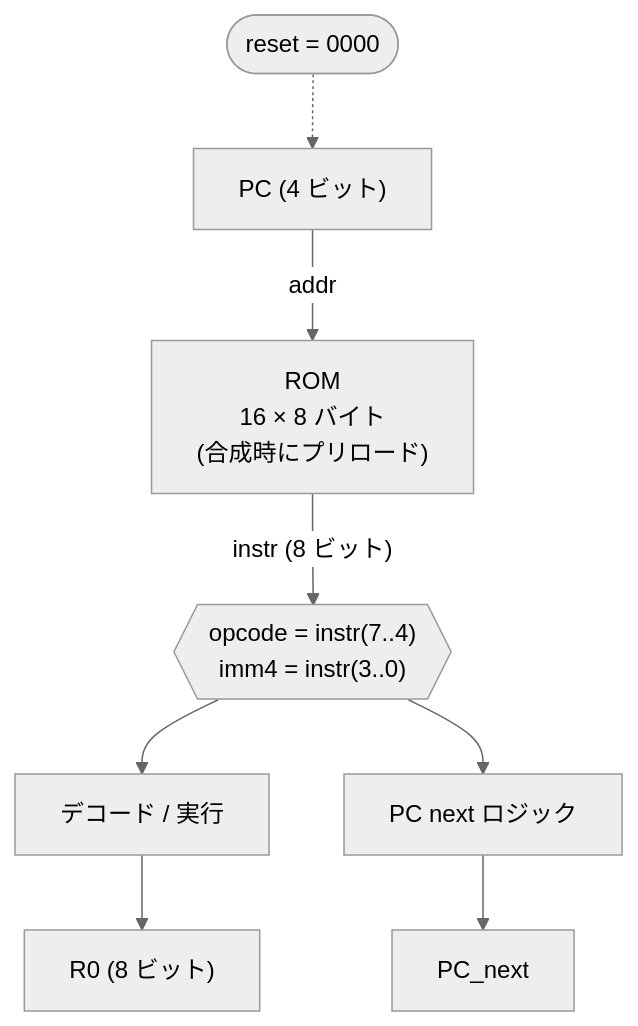
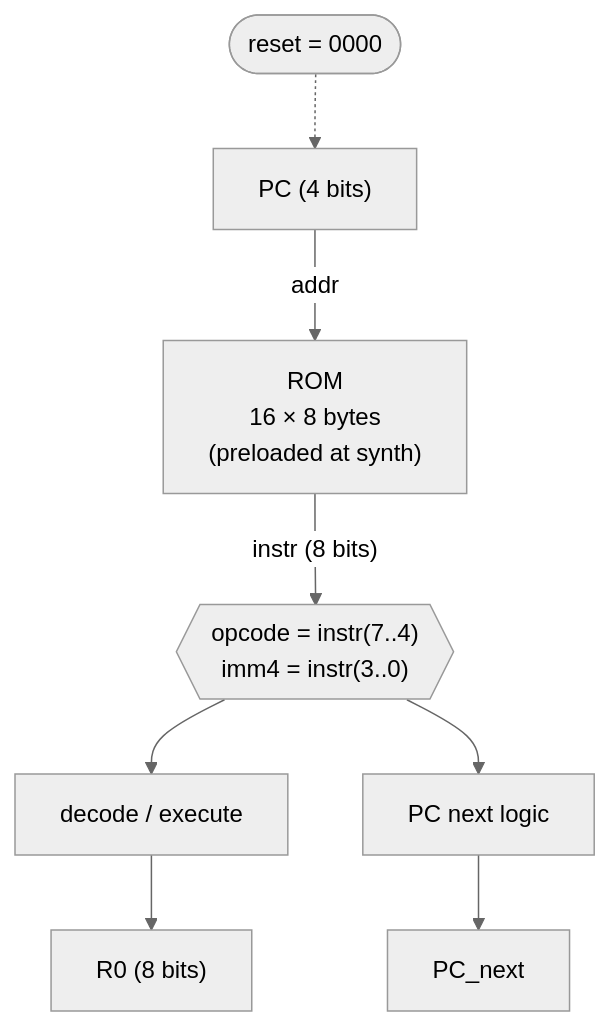
One commit to Kmila9s/Kmila changed the diagram in Kmila.Shared/wwwroot/Learn/jp/cpu/02-cpu-project.md. Above: the diagram before and after it, drawn with Mermaid (neutral theme). The commit also changed other lines of this file and 212 other files, not shown here.

````diff
--- a/Kmila.Shared/wwwroot/Learn/jp/cpu/02-cpu-project.md
+++ b/Kmila.Shared/wwwroot/Learn/jp/cpu/02-cpu-project.md
@@ -7,10 +7,10 @@
 ```mermaid
 flowchart TD
-    RST(["reset = 0000"]) -.-> PC["PC (4 ビット)"]
-    PC -- addr --> ROM["ROM<br/>16 × 8 バイト<br/>(合成時にプリロード)"]
-    ROM -- "instr (8 ビット)" --> SPLIT{{"opcode = instr(7..4)<br/>imm4 = instr(3..0)"}}
-    SPLIT --> DECEXE["デコード / 実行"]
-    SPLIT --> PCNXT["PC next ロジック"]
-    DECEXE --> R0["R0 (8 ビット)"]
+    RST(["reset = 0000"]) -.-> PC["PC (4 bits)"]
+    PC -- addr --> ROM["ROM<br/>16 × 8 bytes<br/>(preloaded at synth)"]
+    ROM -- "instr (8 bits)" --> SPLIT{{"opcode = instr(7..4)<br/>imm4 = instr(3..0)"}}
+    SPLIT --> DECEXE["decode / execute"]
+    SPLIT --> PCNXT["PC next logic"]
+    DECEXE --> R0["R0 (8 bits)"]
     PCNXT --> PCN["PC_next"]
 ```
````
